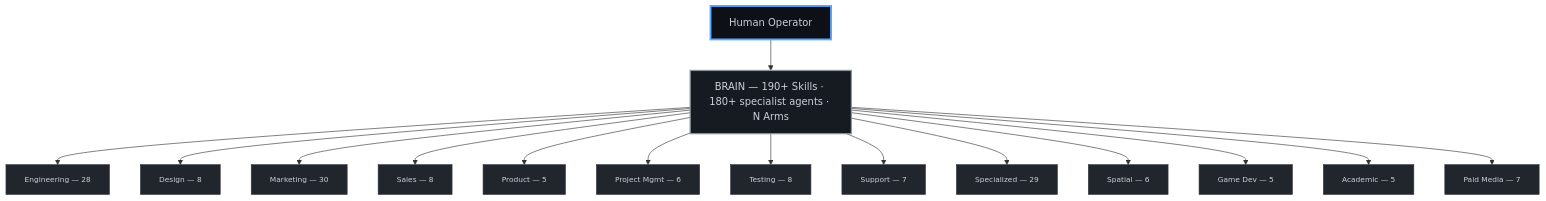
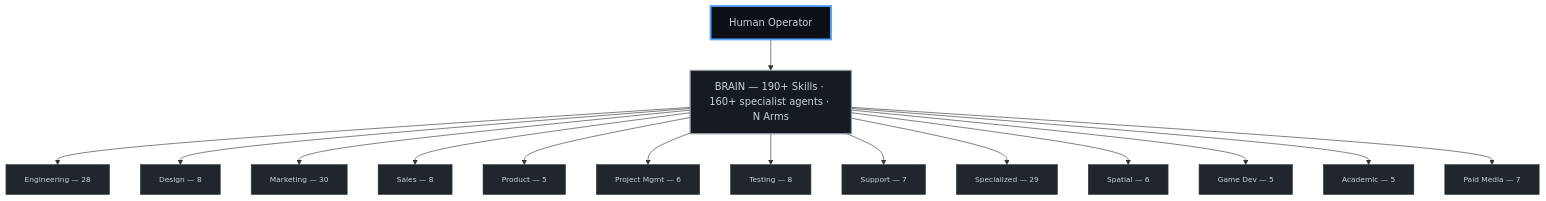
Before and after one commit to CarlosCaPe/octorato: the diagram in README.md, drawn with Mermaid. The commit also changed other lines of this file and 5 other files, not shown here.

````diff
--- a/README.md
+++ b/README.md
@@ -599,24 +599,24 @@
 ```mermaid
 graph TB
     classDef ceo fill:#0D1117,stroke:#58A6FF,stroke-width:3px,color:#C9D1D9
     classDef brain fill:#161B22,stroke:#8B949E,stroke-width:2px,color:#C9D1D9
     classDef div fill:#21262D,stroke:#30363D,stroke-width:1px,color:#C9D1D9,font-size:12px
 
     CEO["Human Operator"]:::ceo
-    BRAIN["BRAIN — 190+ Skills · 180+ specialist agents · N Arms"]:::brain
+    BRAIN["BRAIN — 190+ Skills · 160+ specialist agents · N Arms"]:::brain
     CEO --> BRAIN
 
     BRAIN --> ENG["Engineering — 28"]:::div
     BRAIN --> DES["Design — 8"]:::div
     BRAIN --> MKT["Marketing — 30"]:::div
     BRAIN --> SAL["Sales — 8"]:::div
     BRAIN --> PRD["Product — 5"]:::div
     BRAIN --> PM["Project Mgmt — 6"]:::div
     BRAIN --> TST["Testing — 8"]:::div
     BRAIN --> SUP["Support — 7"]:::div
     BRAIN --> SPC["Specialized — 29"]:::div
     BRAIN --> XR["Spatial — 6"]:::div
     BRAIN --> GMD["Game Dev — 5"]:::div
     BRAIN --> ACD["Academic — 5"]:::div
     BRAIN --> PMA["Paid Media — 7"]:::div
 ```
````
